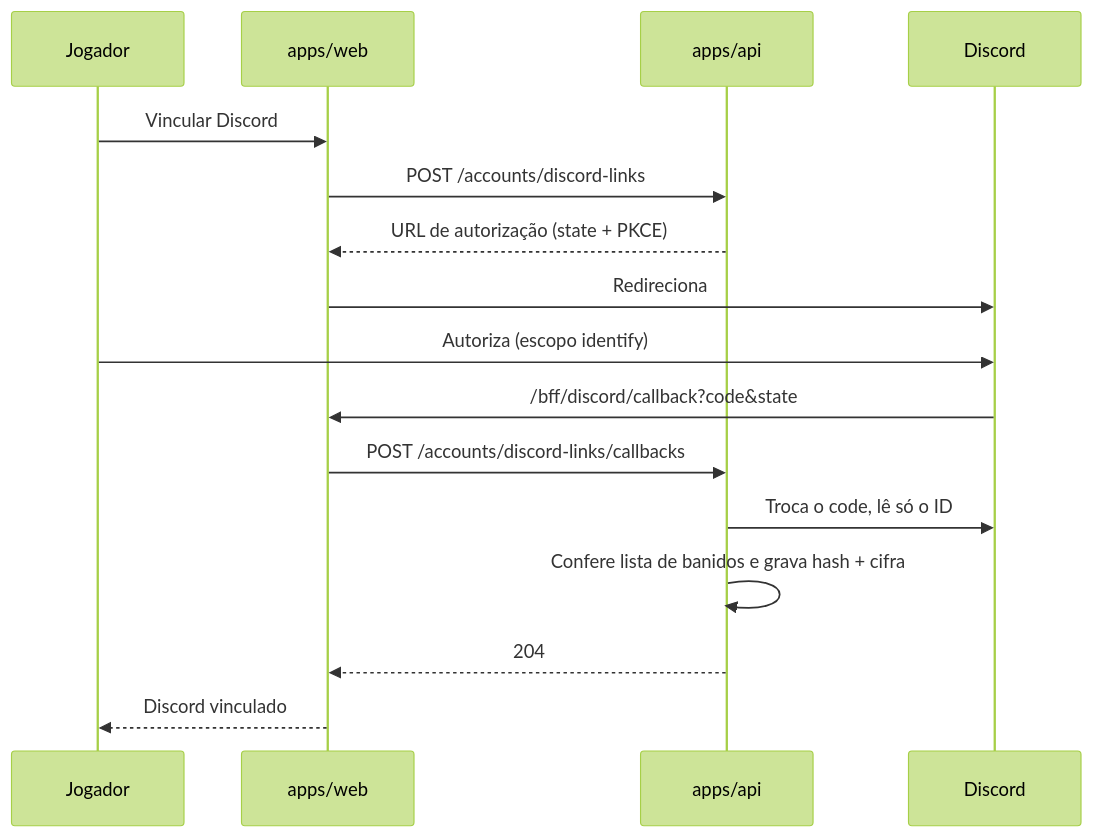
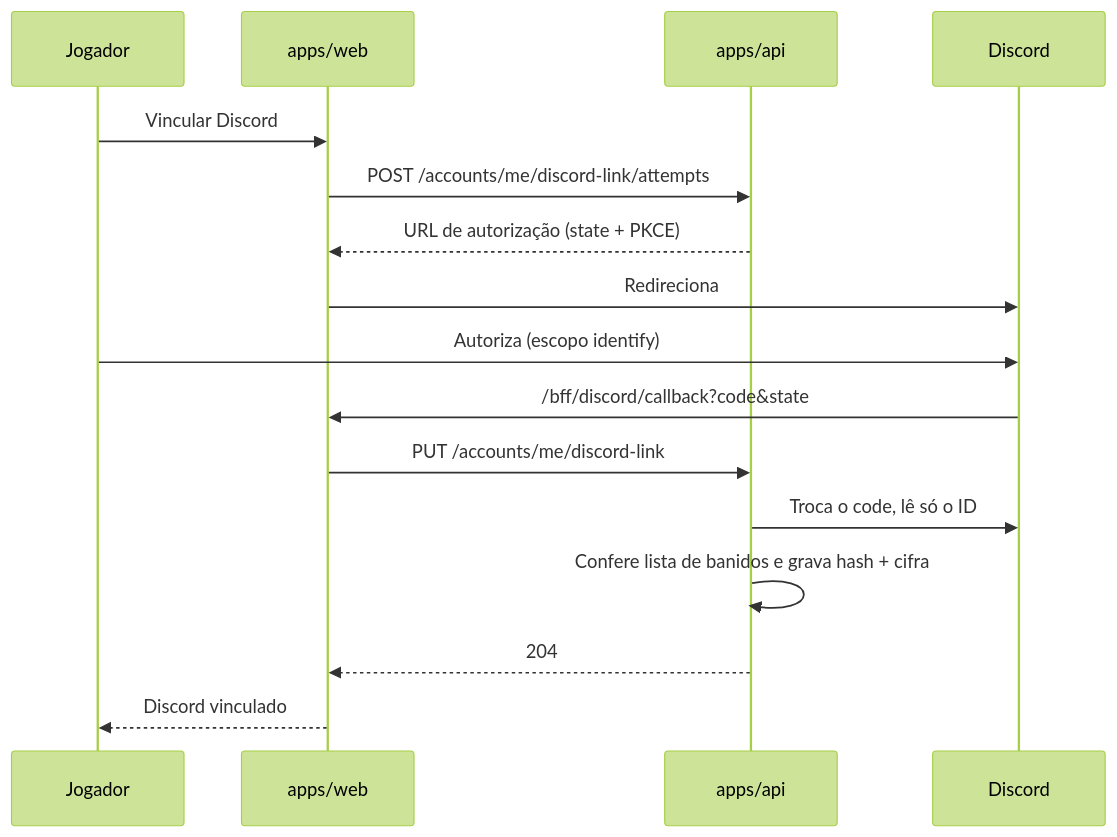
Before and after one commit to ljborgess/ProLobby.com: the first of 2 diagrams in README.md, drawn with Mermaid (forest theme). The commit also changed 2 other files, not shown here.

Commit message:
docs: comentarios e diagrama do README apontam as rotas novas
Varredura do check-up: tres comentarios e o diagrama da home ainda citavam
discord-links, verifications/resend e punishment-appeals.

````diff
--- a/README.md
+++ b/README.md
@@ -48,18 +48,18 @@
 ```mermaid
 sequenceDiagram
     participant J as Jogador
     participant W as apps/web
     participant A as apps/api
     participant D as Discord
     J->>W: Vincular Discord
-    W->>A: POST /accounts/discord-links
+    W->>A: POST /accounts/me/discord-link/attempts
     A-->>W: URL de autorização (state + PKCE)
     W->>D: Redireciona
     J->>D: Autoriza (escopo identify)
     D->>W: /bff/discord/callback?code&state
-    W->>A: POST /accounts/discord-links/callbacks
+    W->>A: PUT /accounts/me/discord-link
     A->>D: Troca o code, lê só o ID
     A->>A: Confere lista de banidos e grava hash + cifra
     A-->>W: 204
     W-->>J: Discord vinculado
 ```
````
